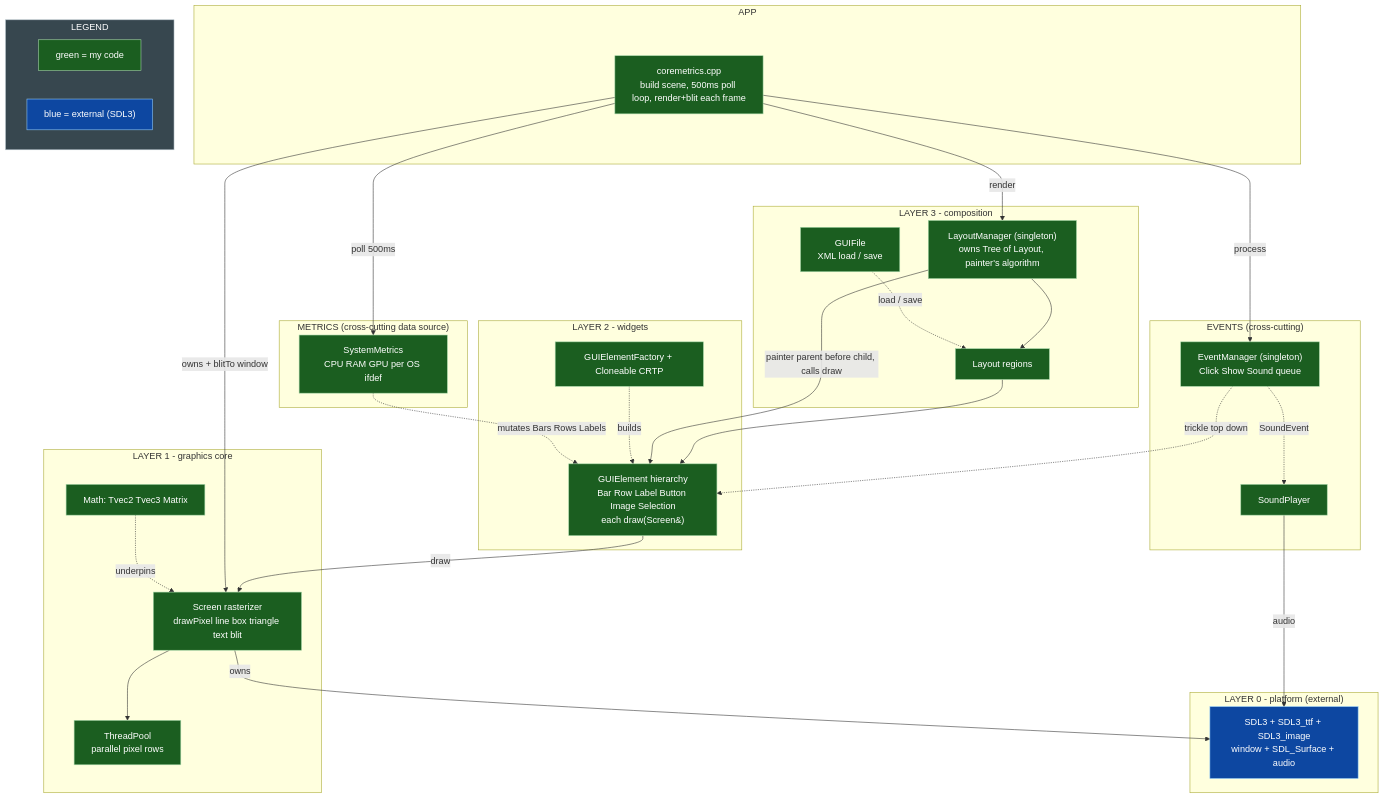
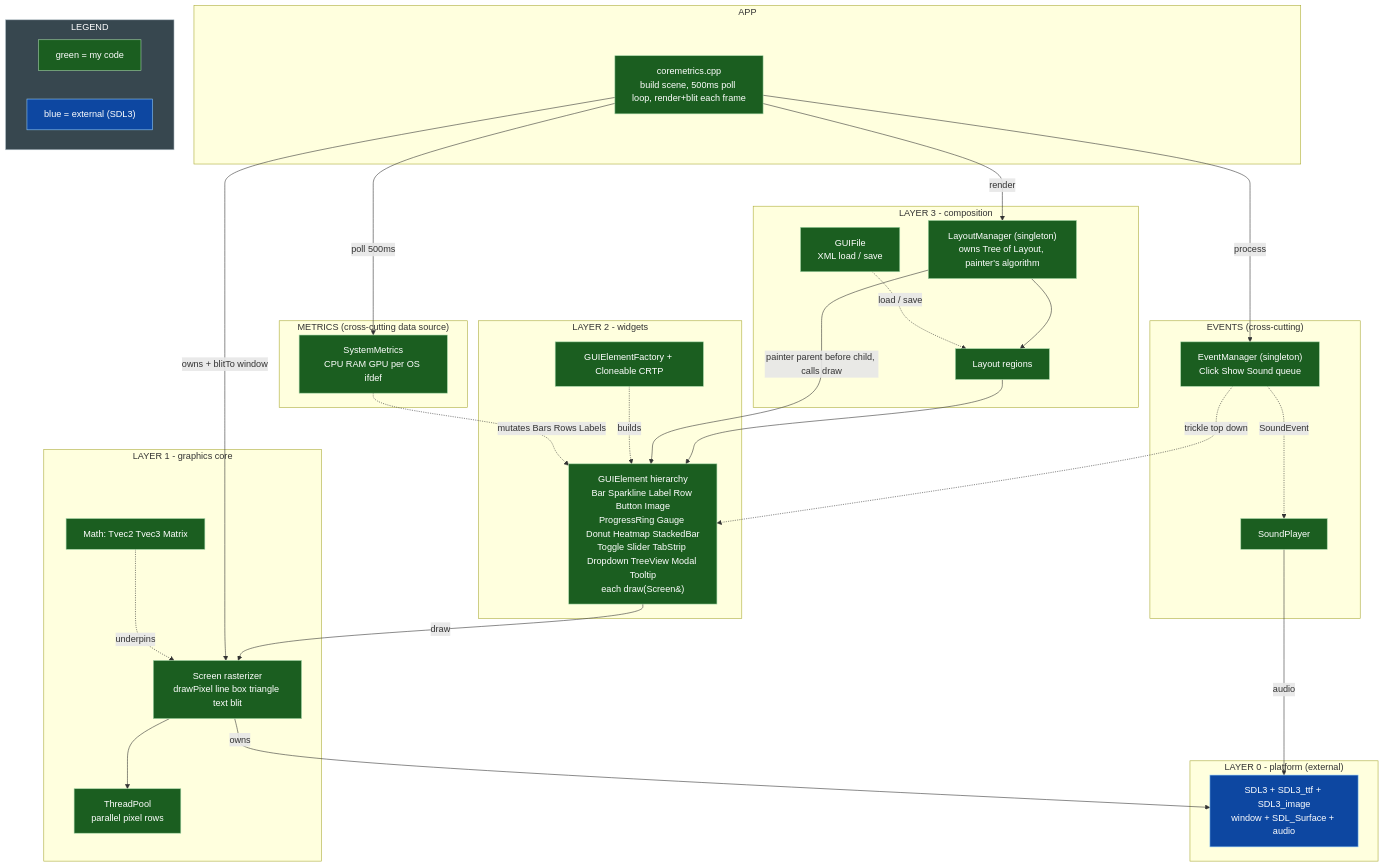
One commit to sviatil0/coremetrics changed the first of 2 diagrams in README.md. Above: the diagram before and after it, drawn with Mermaid. The commit also changed other lines of this file, not shown here.

````diff
--- a/README.md
+++ b/README.md
@@ -142,74 +146,74 @@
 ```mermaid
 flowchart TD
     classDef mine fill:#1b5e20,stroke:#a5d6a7,color:#ffffff
     classDef ext fill:#0d47a1,stroke:#90caf9,color:#ffffff
     classDef note fill:#37474f,stroke:#b0bec5,color:#ffffff
 
     subgraph APP["APP"]
         Main["coremetrics.cpp<br/>build scene, 500ms poll loop, render+blit each frame"]
     end
 
     subgraph L3["LAYER 3 - composition"]
         LM["LayoutManager (singleton)<br/>owns Tree of Layout, painter's algorithm"]
         Layout["Layout regions"]
         GUIFile["GUIFile<br/>XML load / save"]
     end
 
     subgraph L2["LAYER 2 - widgets"]
-        GE["GUIElement hierarchy<br/>Bar Row Label Button Image Selection<br/>each draw(Screen&)"]
+        GE["GUIElement hierarchy<br/>Bar Sparkline Label Row Button Image<br/>ProgressRing Gauge Donut Heatmap StackedBar<br/>Toggle Slider TabStrip Dropdown TreeView Modal Tooltip<br/>each draw(Screen&)"]
         Factory["GUIElementFactory + Cloneable CRTP"]
     end
 
     subgraph L1["LAYER 1 - graphics core"]
         Screen["Screen rasterizer<br/>drawPixel line box triangle text blit"]
         Pool["ThreadPool<br/>parallel pixel rows"]
         Math["Math: Tvec2 Tvec3 Matrix"]
     end
 
     subgraph L0["LAYER 0 - platform (external)"]
         SDL["SDL3 + SDL3_ttf + SDL3_image<br/>window + SDL_Surface + audio"]
     end
 
     subgraph EVENTS["EVENTS (cross-cutting)"]
         EM["EventManager (singleton)<br/>Click Show Sound queue"]
         Sound["SoundPlayer"]
     end
 
     subgraph METRICS["METRICS (cross-cutting data source)"]
         Metrics["SystemMetrics<br/>CPU RAM GPU per OS ifdef"]
     end
 
     subgraph LEGEND["LEGEND"]
         LK["green = my code"]
         LX["blue = external (SDL3)"]
     end
 
     %% main render spine
     Main -->|render| LM
     LM --> Layout
     Layout --> GE
     LM -->|painter parent before child, calls draw| GE
     GE -->|draw| Screen
     Screen --> Pool
     Screen -->|owns| SDL
     Main -->|owns + blitTo window| Screen
 
     %% persistence
     GUIFile -.->|load / save| Layout
     Factory -.->|builds| GE
     Math -.->|underpins| Screen
 
     %% events cross-cutting
     Main -->|process| EM
     EM -.->|trickle top down| GE
     EM -.->|SoundEvent| Sound
     Sound -->|audio| SDL
 
     %% metrics cross-cutting
     Main -->|poll 500ms| Metrics
     Metrics -.->|mutates Bars Rows Labels| GE
 
     class Main,LM,Layout,GUIFile,GE,Factory,Screen,Pool,Math,EM,Sound,Metrics,LK mine
     class SDL,LX ext
     class LEGEND note
 ```
````
